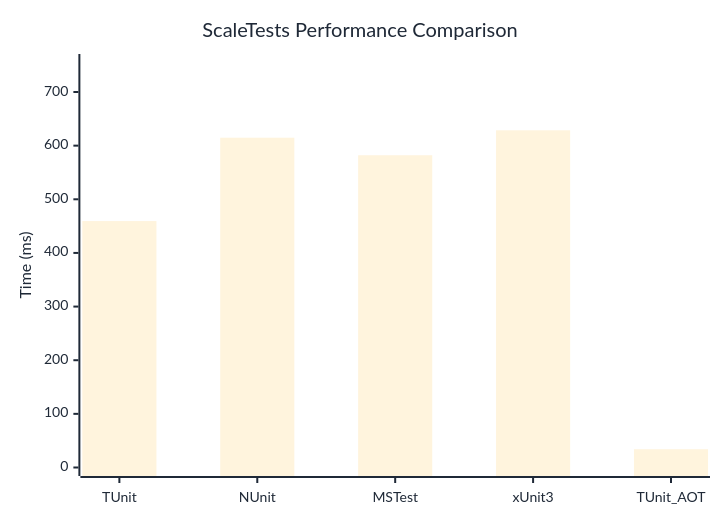
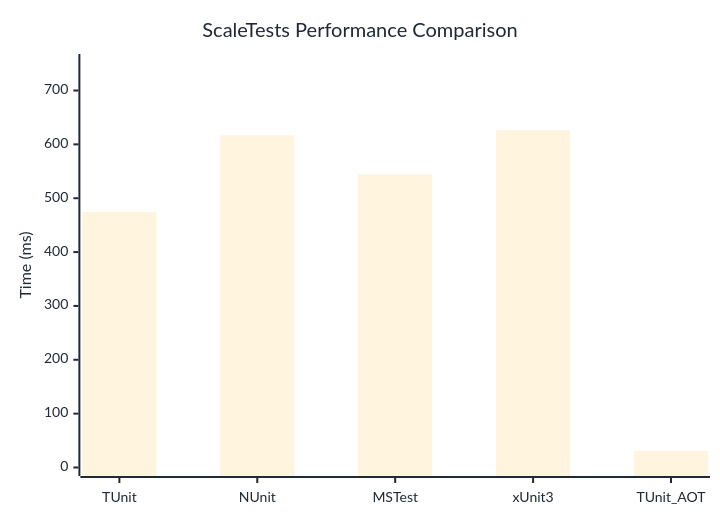
One commit to thomhurst/TUnit changed the diagram in docs/docs/benchmarks/ScaleTests.md. Above: the diagram before and after it, drawn with Mermaid. The commit also changed other lines of this file and 17 other files, not shown here.

````diff
--- a/docs/docs/benchmarks/ScaleTests.md
+++ b/docs/docs/benchmarks/ScaleTests.md
@@ -27,37 +27,37 @@
 ```mermaid
 %%{init: {
   'theme':'base',
   'themeVariables': {
     'primaryColor': '#2563eb',
     'primaryTextColor': '#1f2937',
     'primaryBorderColor': '#1e40af',
     'lineColor': '#6b7280',
     'secondaryColor': '#7c3aed',
     'tertiaryColor': '#dc2626',
     'background': '#ffffff',
     'mainBkg': '#2563eb',
     'secondBkg': '#7c3aed',
     'tertiaryBkg': '#dc2626',
     'clusterBkg': '#f3f4f6',
     'edgeLabelBackground': '#ffffff',
     'tertiaryTextColor': '#1f2937',
     'pie1': '#2563eb',
     'pie2': '#7c3aed',
     'pie3': '#dc2626',
     'pie4': '#f59e0b',
     'pie5': '#10b981',
     'pie6': '#06b6d4',
     'pie7': '#ec4899',
     'pie8': '#6366f1',
     'pie9': '#84cc16',
     'pie10': '#f97316',
     'pie11': '#14b8a6',
     'pie12': '#a855f7'
   }
 }}%%
 xychart-beta
   title "ScaleTests Performance Comparison"
   x-axis ["TUnit", "NUnit", "MSTest", "xUnit3", "TUnit_AOT"]
-  y-axis "Time (ms)" 0 --> 755
-  bar [459.41, 614.81, 582.11, 628.61, 34.07]
+  y-axis "Time (ms)" 0 --> 752
+  bar [474.48, 616.99, 544.34, 626.24, 30.8]
 ```
````
